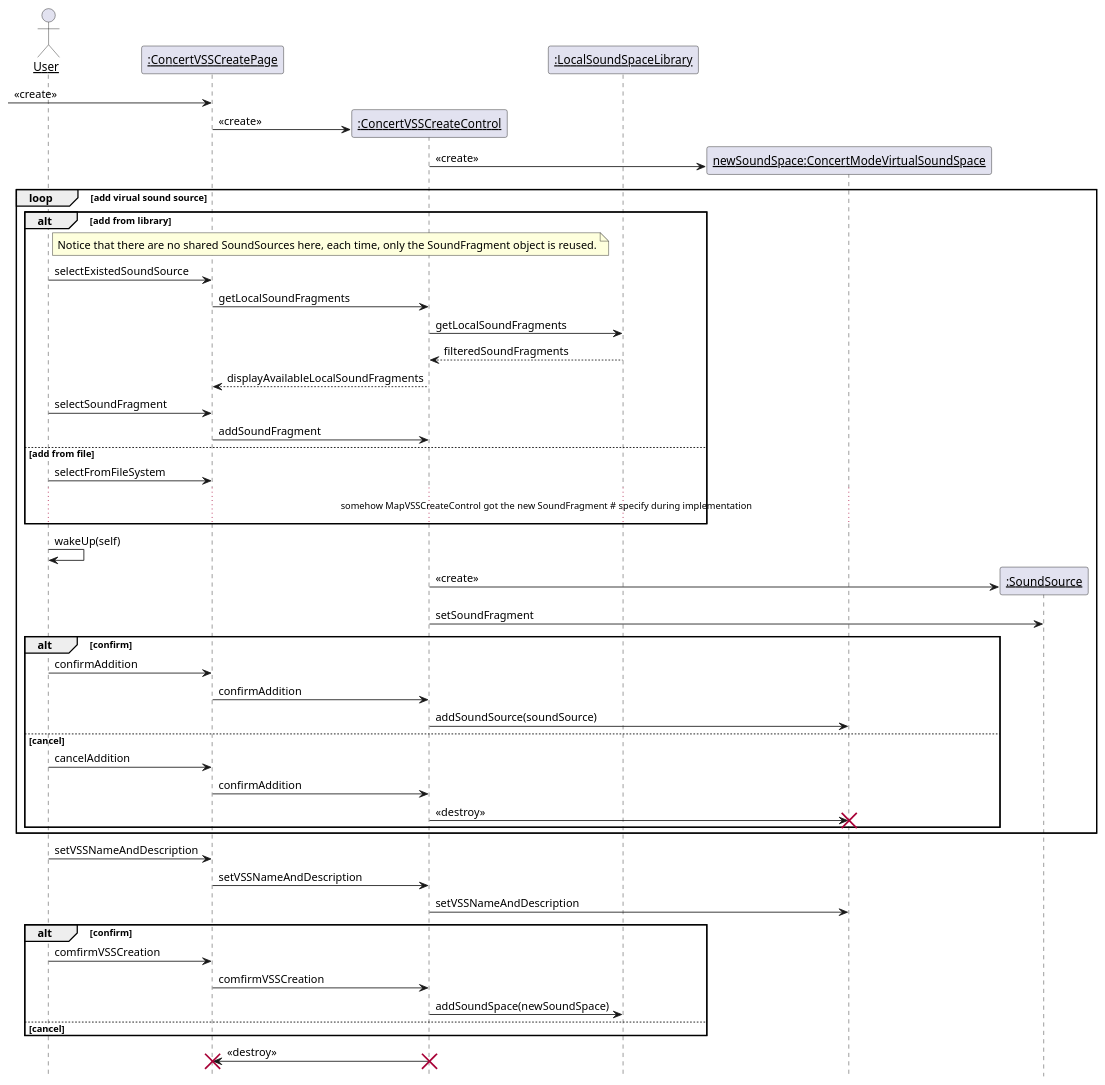
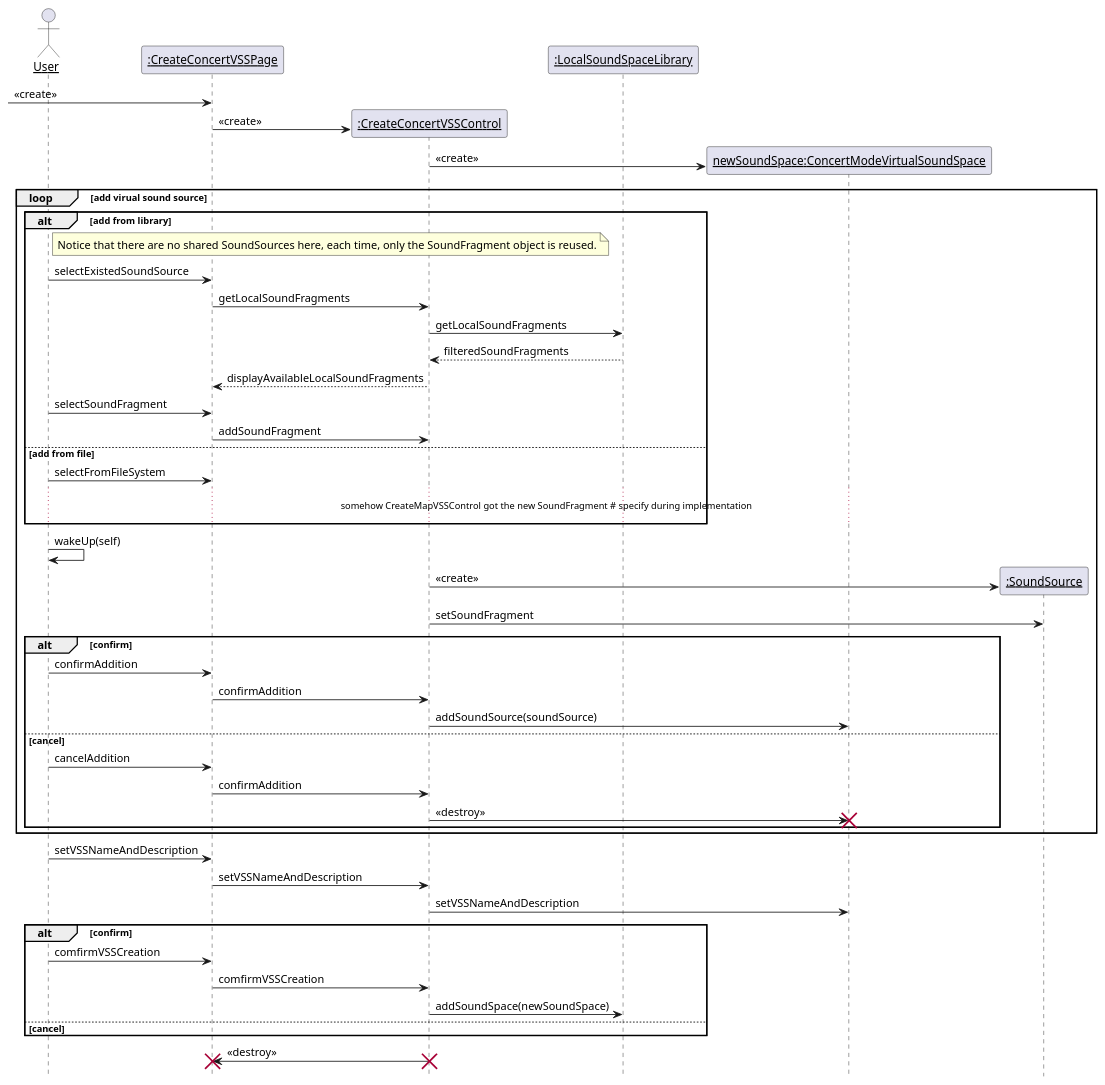
Before and after one commit to kpp19920121/doc: the sixth of 21 diagrams in 需求定义和分析/SeqDiagram.md, drawn with PlantUML. The commit also changed other lines of this file and 7 other files, not shown here.

````diff
--- a/需求定义和分析/SeqDiagram.md
+++ b/需求定义和分析/SeqDiagram.md
@@ -348,66 +305,66 @@
 ```PlantUML
 @startuml CreateConcertModeVSS
 hide footbox
 skinparam sequenceParticipant underline
 
 
 actor User as user
-participant ":ConcertVSSCreatePage" as createboundary
-participant ":ConcertVSSCreateControl" as createcontrol
+participant ":CreateConcertVSSPage" as createboundary
+participant ":CreateConcertVSSControl" as createcontrol
 participant ":LocalSoundSpaceLibrary" as library
 participant "newSoundSpace:ConcertModeVirtualSoundSpace" as newspace
 
 create createboundary
 -> createboundary: <<create>>
 create createcontrol
 createboundary -> createcontrol: <<create>>
 create newspace
 createcontrol -> newspace: <<create>>
 
 loop add virual sound source
     alt add from library
         note right of user: Notice that there are no shared SoundSources here, each time, only the SoundFragment object is reused.
         user -> createboundary: selectExistedSoundSource
         createboundary -> createcontrol: getLocalSoundFragments
         createcontrol -> library: getLocalSoundFragments
         library --> createcontrol: filteredSoundFragments
         createcontrol --> createboundary: displayAvailableLocalSoundFragments
         user -> createboundary: selectSoundFragment
         createboundary -> createcontrol: addSoundFragment
     else add from file
         user -> createboundary: selectFromFileSystem
-        ...somehow MapVSSCreateControl got the new SoundFragment # specify during implementation...
+        ...somehow CreateMapVSSControl got the new SoundFragment # specify during implementation...
     end
 
 
     participant ":SoundSource" as source
     user -> user: wakeUp(self)
     create source
     createcontrol -> source: <<create>>
     createcontrol -> source: setSoundFragment
     alt confirm
         user -> createboundary: confirmAddition
         createboundary -> createcontrol: confirmAddition
         createcontrol -> newspace: addSoundSource(soundSource)
     else cancel
         user -> createboundary: cancelAddition
         createboundary -> createcontrol: confirmAddition
         createcontrol -> newspace: <<destroy>>
         destroy newspace
     end
 
 end
 user -> createboundary: setVSSNameAndDescription
 createboundary -> createcontrol: setVSSNameAndDescription
 createcontrol -> newspace: setVSSNameAndDescription
 alt confirm
     user -> createboundary: comfirmVSSCreation
     createboundary -> createcontrol: comfirmVSSCreation
     createcontrol -> library: addSoundSpace(newSoundSpace)
 else cancel
 end
 createcontrol -> createboundary: <<destroy>>
 destroy createboundary
 destroy createcontrol
 @enduml
 ```
````
